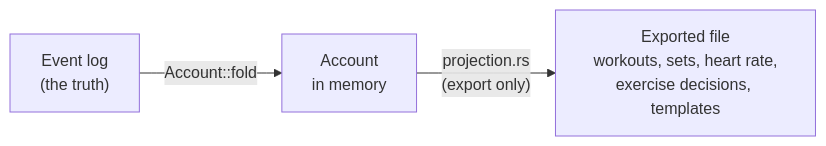
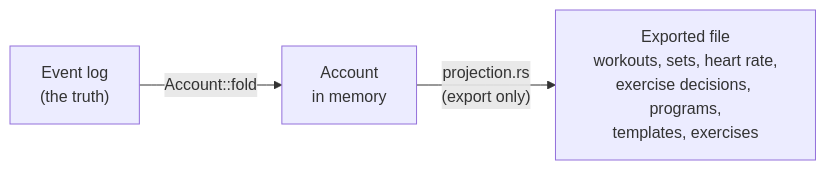
Before and after one commit to brensch/lift: the first of 3 diagrams in docs/architecture/data-model.md, drawn with Mermaid. The commit also changed other lines of this file and 8 other files, not shown here.

First line of the commit message:
Docs: the architecture as built on programs

````diff
--- a/docs/architecture/data-model.md
+++ b/docs/architecture/data-model.md
@@ -10,5 +10,5 @@
 ```mermaid
 graph LR
     log["Event log<br/>(the truth)"] -->|"Account::fold"| acc["Account<br/>in memory"]
-    acc -->|"projection.rs<br/>(export only)"| tables["Exported file<br/>workouts, sets, heart rate,<br/>exercise decisions, templates"]
+    acc -->|"projection.rs<br/>(export only)"| tables["Exported file<br/>workouts, sets, heart rate,<br/>exercise decisions, programs,<br/>templates, exercises"]
 ```
````
